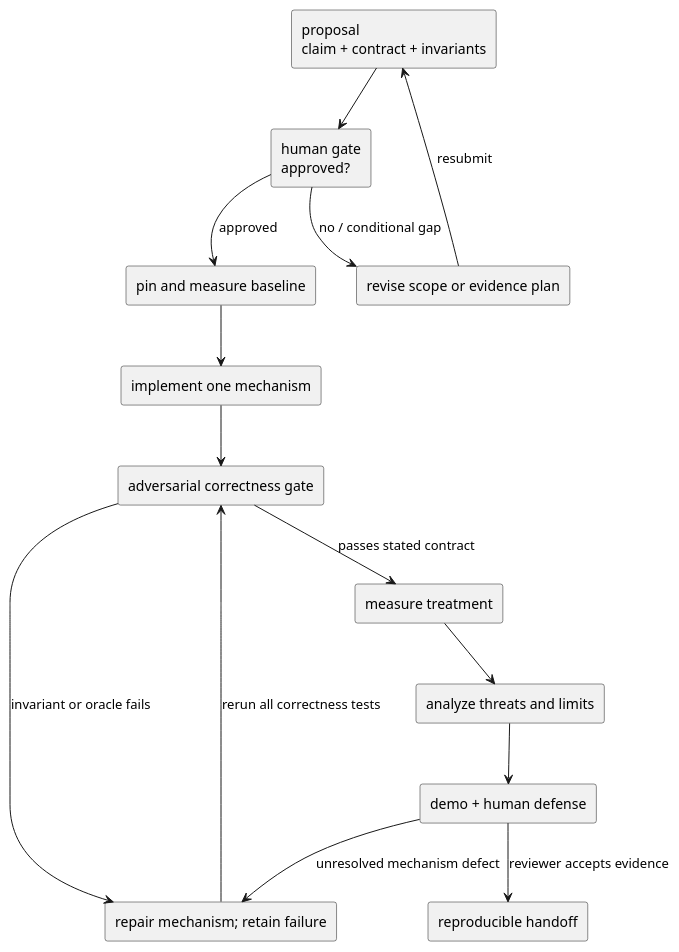
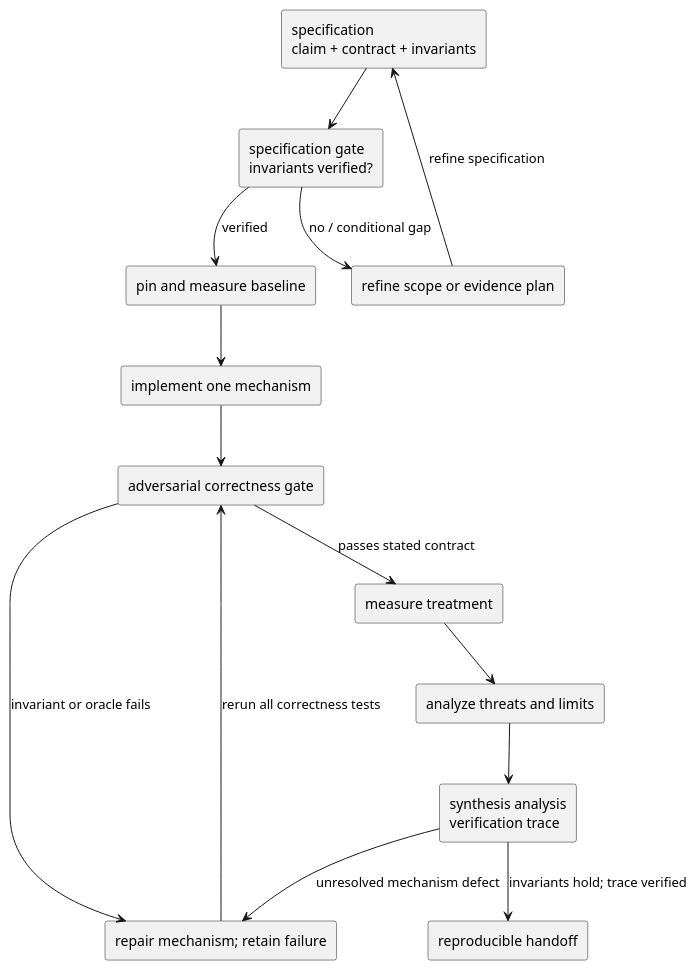
One commit to LibreUni/LibreUni changed the diagram in src/content/lessons/operating-systems/operating-systems-capstone.mdx. Above: the diagram before and after it, drawn with PlantUML. The commit also changed other lines of this file and 76 other files, not shown here.

```diff
--- a/src/content/lessons/operating-systems/operating-systems-capstone.mdx
+++ b/src/content/lessons/operating-systems/operating-systems-capstone.mdx
@@ -129,27 +130,27 @@
 @startuml
 top to bottom direction
-rectangle "proposal\nclaim + contract + invariants" as P
-rectangle "human gate\napproved?" as G
-rectangle "revise scope or evidence plan" as R
+rectangle "specification\nclaim + contract + invariants" as P
+rectangle "specification gate\ninvariants verified?" as G
+rectangle "refine scope or evidence plan" as R
 rectangle "pin and measure baseline" as B
 rectangle "implement one mechanism" as I
 rectangle "adversarial correctness gate" as C
 rectangle "repair mechanism; retain failure" as F
 rectangle "measure treatment" as M
 rectangle "analyze threats and limits" as T
-rectangle "demo + human defense" as D
+rectangle "synthesis analysis\nverification trace" as D
 rectangle "reproducible handoff" as H
 P --> G
 G --> R : no / conditional gap
-R --> P : resubmit
-G --> B : approved
+R --> P : refine specification
+G --> B : verified
 B --> I
 I --> C
 C --> F : invariant or oracle fails
 F --> C : rerun all correctness tests
 C --> M : passes stated contract
 M --> T
 T --> D
-D --> H : reviewer accepts evidence
+D --> H : invariants hold; trace verified
 D --> F : unresolved mechanism defect
 @enduml
```
